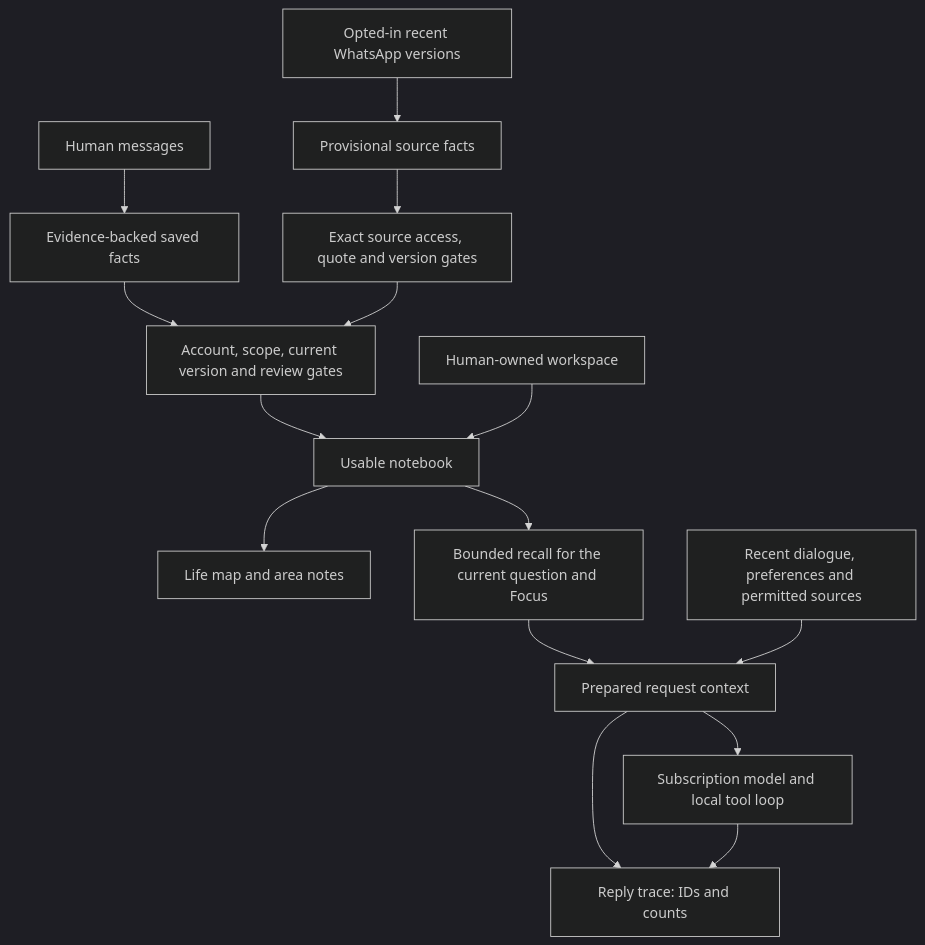
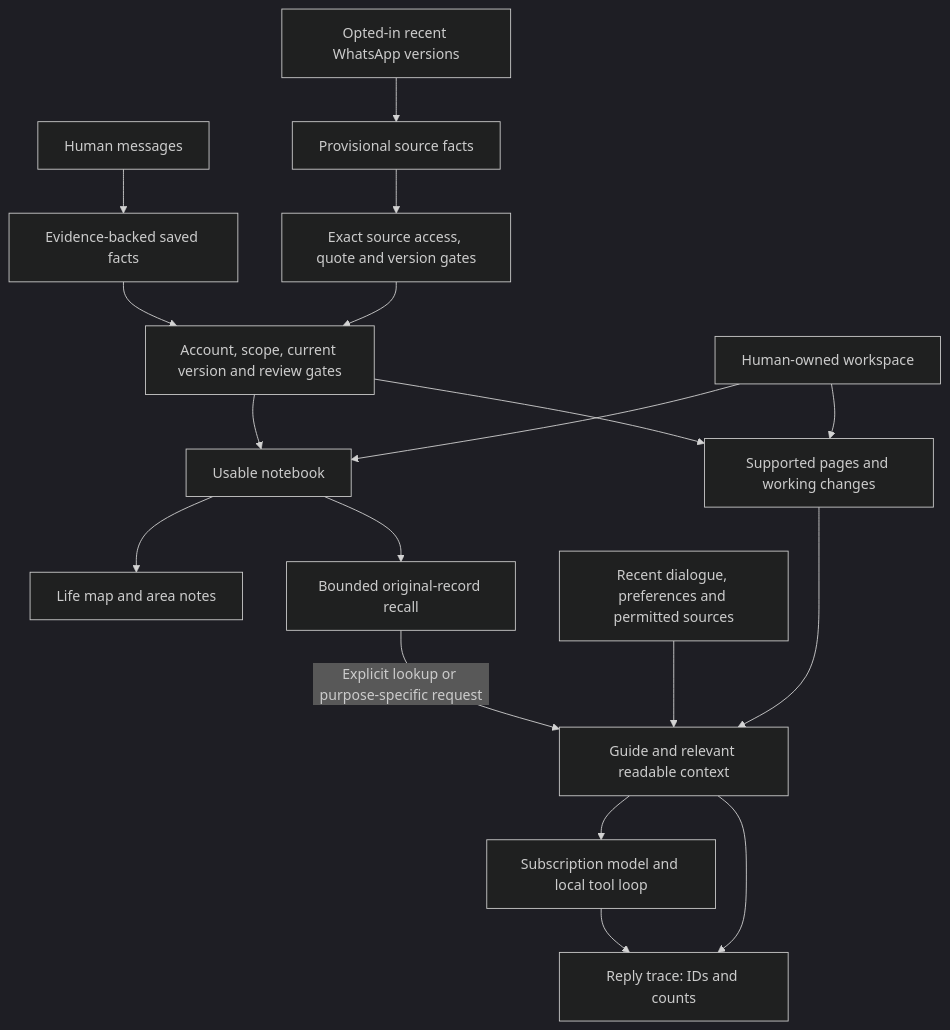
One commit to MYLO175/3PO changed the diagram in docs/architecture/MEMORY_AND_CONTEXT.md. Above: the diagram before and after it, drawn with Mermaid (dark theme). The commit also changed other lines of this file and 6 other files, not shown here.

````diff
--- a/docs/architecture/MEMORY_AND_CONTEXT.md
+++ b/docs/architecture/MEMORY_AND_CONTEXT.md
@@ -122,17 +124,20 @@
 ```mermaid
 flowchart TD
   H[Human messages] --> M[Evidence-backed saved facts]
   S[Opted-in recent WhatsApp versions] --> P[Provisional source facts]
   M --> G[Account, scope, current version and review gates]
   P --> A[Exact source access, quote and version gates]
   A --> G
   G --> N[Usable notebook]
   W[Human-owned workspace] --> N
   N --> L[Life map and area notes]
-  N --> R[Bounded recall for the current question and Focus]
-  R --> C[Prepared request context]
+  G --> K[Supported pages and working changes]
+  W --> K
+  K --> C[Guide and relevant readable context]
+  N --> R[Bounded original-record recall]
+  R -->|Explicit lookup or purpose-specific request| C
   D[Recent dialogue, preferences and permitted sources] --> C
   C --> AI[Subscription model and local tool loop]
   C --> T[Reply trace: IDs and counts]
   AI --> T
 ```
````
